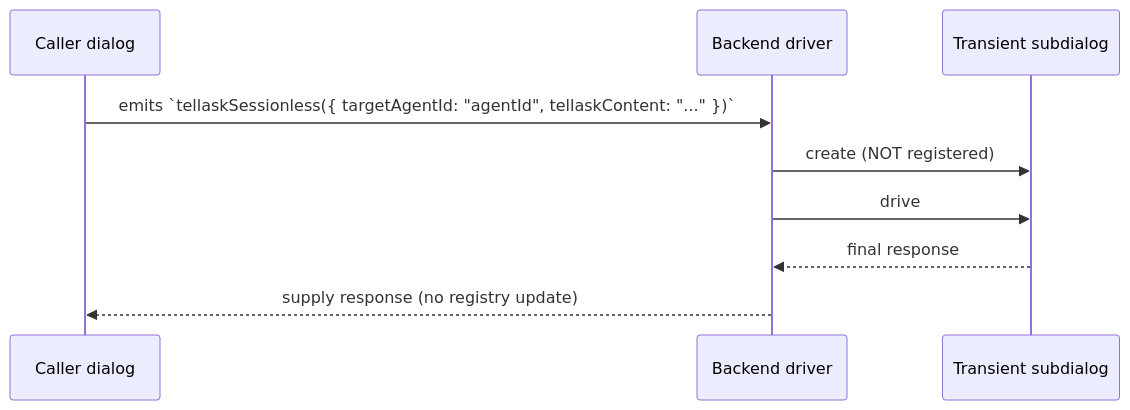
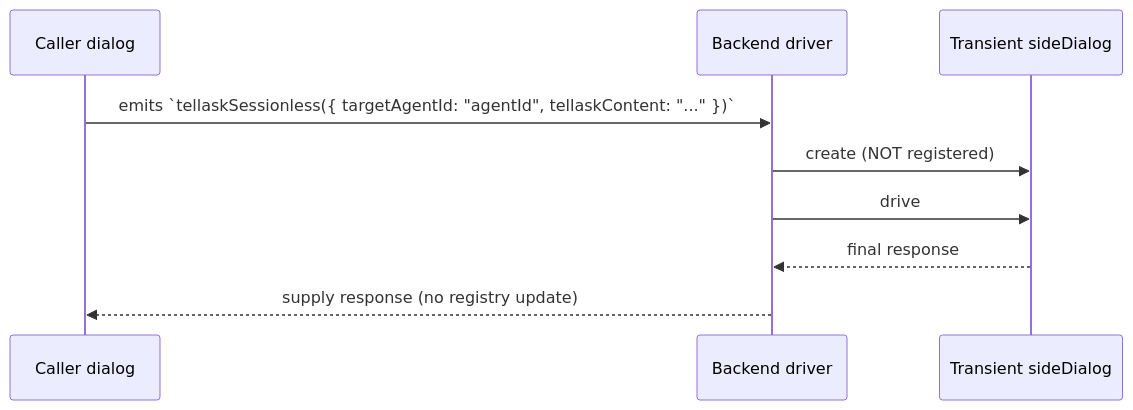
Before and after one commit to longrun-ai/dominds: diagram 13 of 18 in docs/dialog-system.md, drawn with Mermaid. The commit also changed other lines of this file and 195 other files, not shown here.

````diff
--- a/docs/dialog-system.md
+++ b/docs/dialog-system.md
@@ -1306,12 +1308,12 @@
 ```mermaid
 sequenceDiagram
   participant Caller as Caller dialog
   participant Driver as Backend driver
-  participant Sub as Transient subdialog
+  participant Side as Transient sideDialog
 
   Caller->>Driver: emits `tellaskSessionless({ targetAgentId: "agentId", tellaskContent: "..." })`
-  Driver->>Sub: create (NOT registered)
-  Driver->>Sub: drive
-  Sub-->>Driver: final response
+  Driver->>Side: create (NOT registered)
+  Driver->>Side: drive
+  Side-->>Driver: final response
   Driver-->>Caller: supply response (no registry update)
 ```
````
